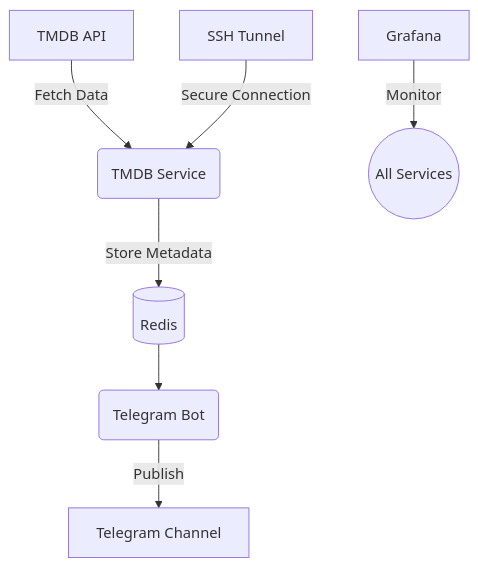
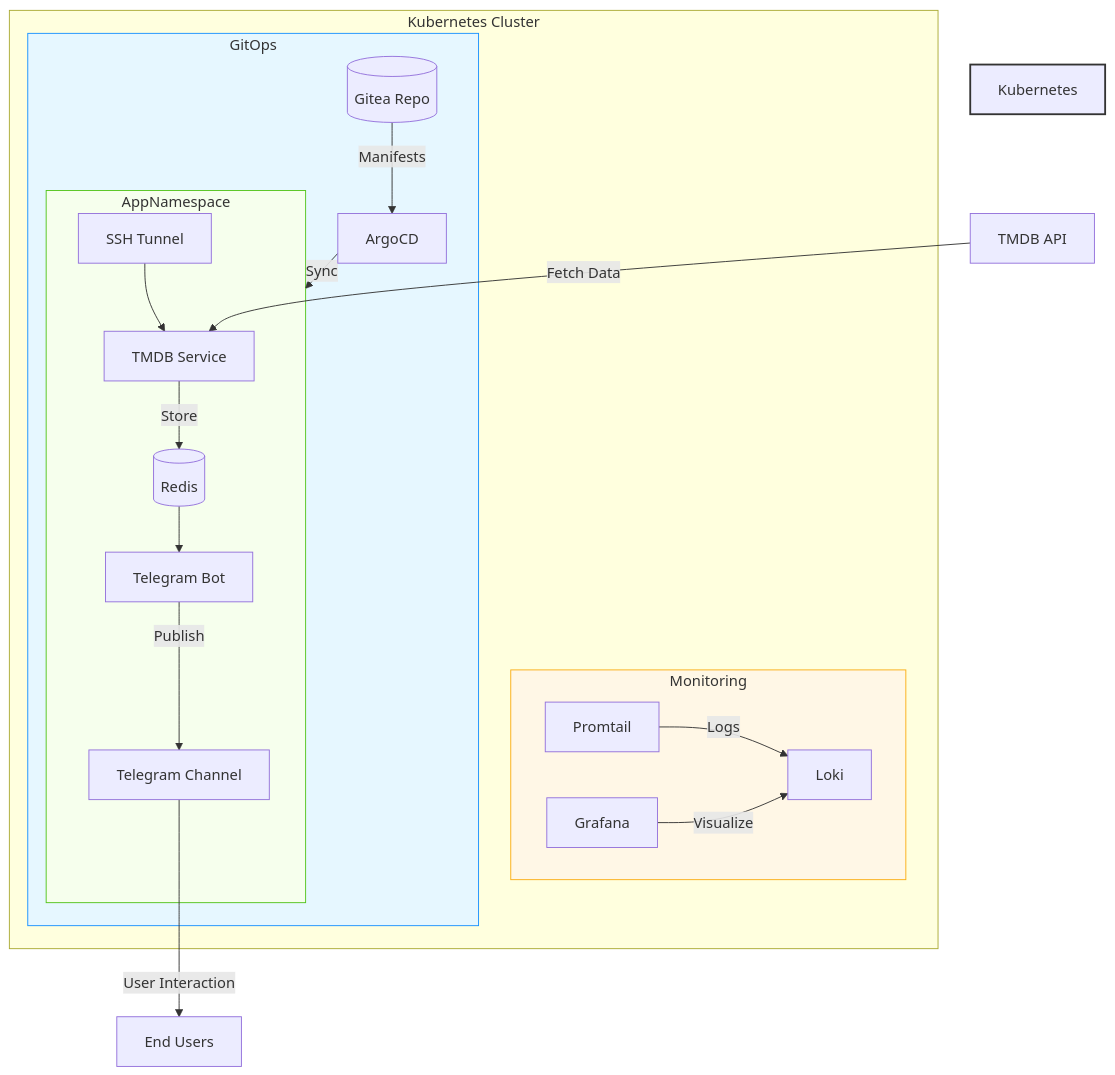
Before and after one commit to thisisspartan/micro_tg: the diagram in README.md, drawn with Mermaid.

Commit message:
docs: update system architecture diagram with k8s and gitops flow

````diff
--- a/README.md
+++ b/README.md
@@ -31,9 +31,29 @@
 ```mermaid
 graph TD
-    A[TMDB API] -->|Fetch Data| B(TMDB Service)
-    B -->|Store Metadata| C[(Redis)]
-    C --> D(Telegram Bot)
-    D -->|Publish| E[Telegram Channel]
-    F[SSH Tunnel] -->|Secure Connection| B
-    G[Grafana] -->|Monitor| H((All Services))
+    subgraph Kubernetes Cluster
+        subgraph GitOps
+            Gitea[(Gitea Repo)] -->|Manifests| ArgoCD
+            ArgoCD -->|Sync| AppNamespace
+        end
+        
+        subgraph Monitoring
+            Promtail -->|Logs| Loki
+            Grafana -->|Visualize| Loki
+        end
+        
+        subgraph AppNamespace
+            TMDB[TMDB Service] -->|Store| Redis[(Redis)]
+            Redis --> Telegram[Telegram Bot]
+            Telegram -->|Publish| Channel[Telegram Channel]
+            Tunnel[SSH Tunnel] --> TMDB
+        end
+    end
+    
+    External[TMDB API] -->|Fetch Data| TMDB
+    Channel -->|User Interaction| EndUser[End Users]
+    
+    style Kubernetes Cluster fill:#f5f5f5,stroke:#333,stroke-width:2px
+    style GitOps fill:#e6f7ff,stroke:#1890ff
+    style Monitoring fill:#fff7e6,stroke:#faad14
+    style AppNamespace fill:#f6ffed,stroke:#52c41a
 ```
````
